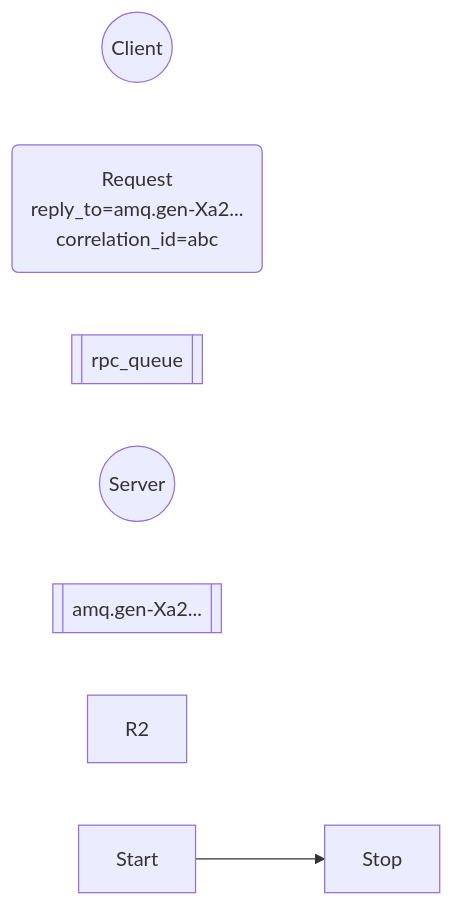
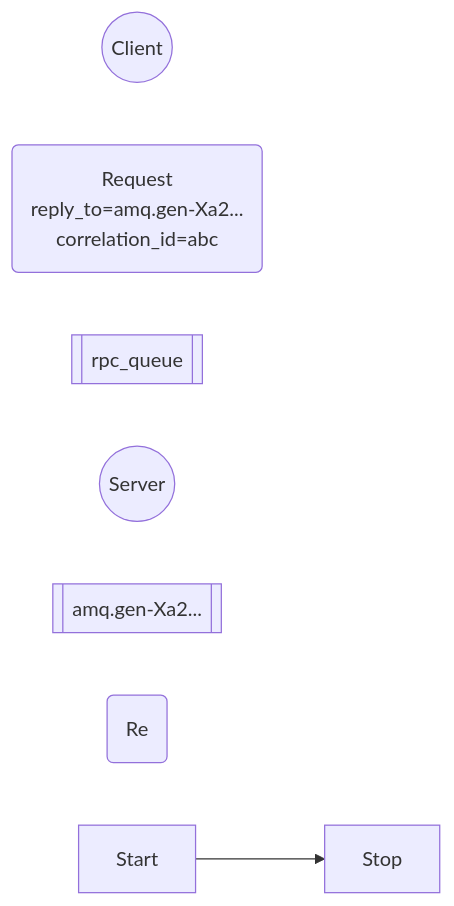
Before and after one commit to googlelxhgithub/iodraw-files: the diagram in all/未命名-7.md, drawn with Mermaid.

Commit message:
2024-08-30 19:06:50 update

````diff
--- a/all/未命名-7.md
+++ b/all/未命名-7.md
@@ -1,11 +1,11 @@
 ```mermaid
 flowchart LR
     C((Client))
     R(Request\nreply_to=amq.gen-Xa2...\ncorrelation_id=abc)
     Q1[[rpc_queue]]
     S((Server))
     Q2[[amq.gen-Xa2...]]
-    R2
+    R2(Re)
     Start --> Stop
   
 ```
````
